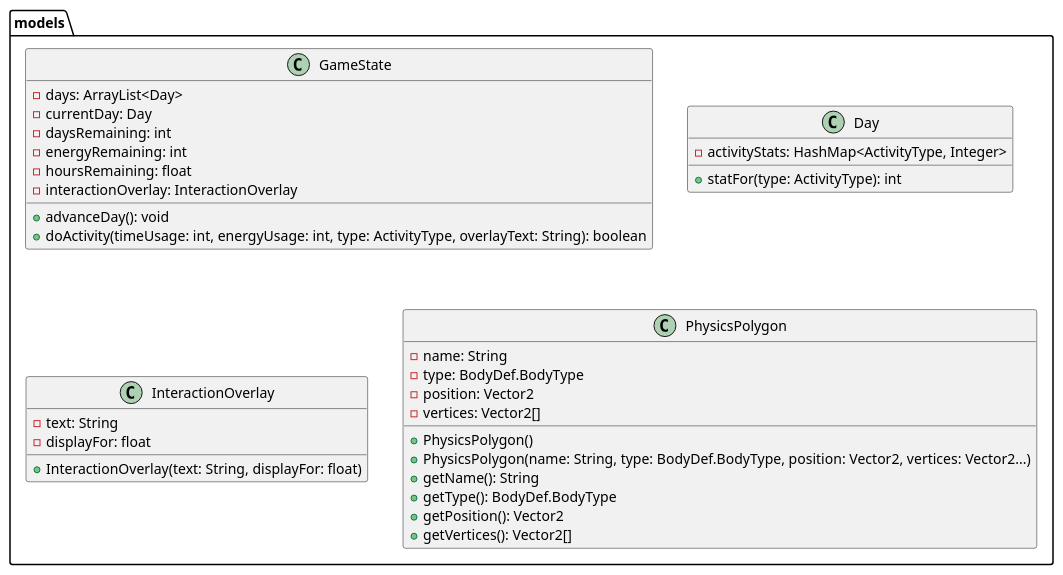
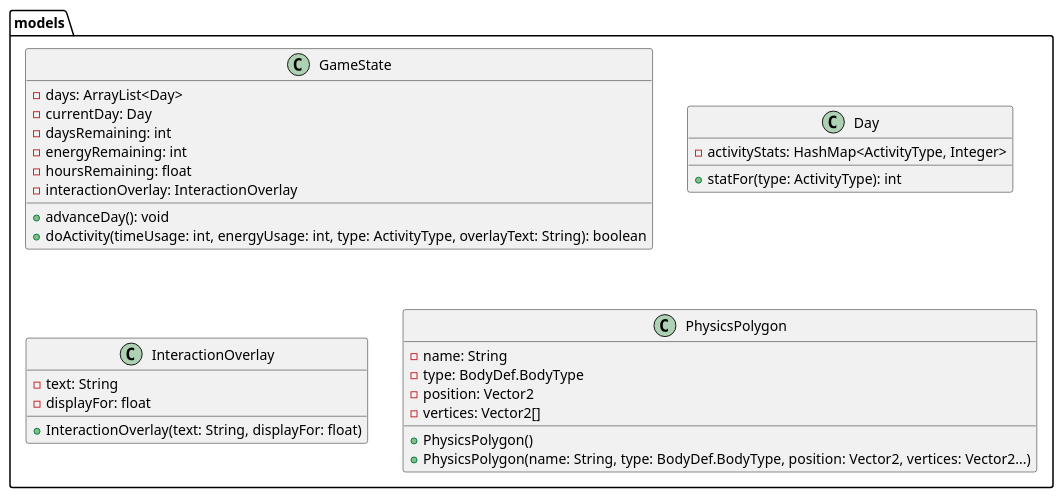
One commit to ENG1-Group-9-2024/Heslington-Hustle-2 changed the diagram in architecture/models.puml. Above: the diagram before and after it, drawn with PlantUML. The commit also changed 15 other files, not shown here.

```diff
--- a/architecture/models.puml
+++ b/architecture/models.puml
@@ -1,39 +1,35 @@
 @startuml
 
 package models {
     class GameState {
         - days: ArrayList<Day>
         - currentDay: Day
         - daysRemaining: int
         - energyRemaining: int
         - hoursRemaining: float
         - interactionOverlay: InteractionOverlay
         + advanceDay(): void
         + doActivity(timeUsage: int, energyUsage: int, type: ActivityType, overlayText: String): boolean
     }
 
     class Day {
         - activityStats: HashMap<ActivityType, Integer>
         + statFor(type: ActivityType): int
     }
 
     class InteractionOverlay {
         - text: String
         - displayFor: float
         + InteractionOverlay(text: String, displayFor: float)
     }
 
     class PhysicsPolygon {
         - name: String
         - type: BodyDef.BodyType
         - position: Vector2
         - vertices: Vector2[]
         + PhysicsPolygon()
         + PhysicsPolygon(name: String, type: BodyDef.BodyType, position: Vector2, vertices: Vector2...)
-        + getName(): String
-        + getType(): BodyDef.BodyType
-        + getPosition(): Vector2
-        + getVertices(): Vector2[]
     }
 }
 @enduml
```
